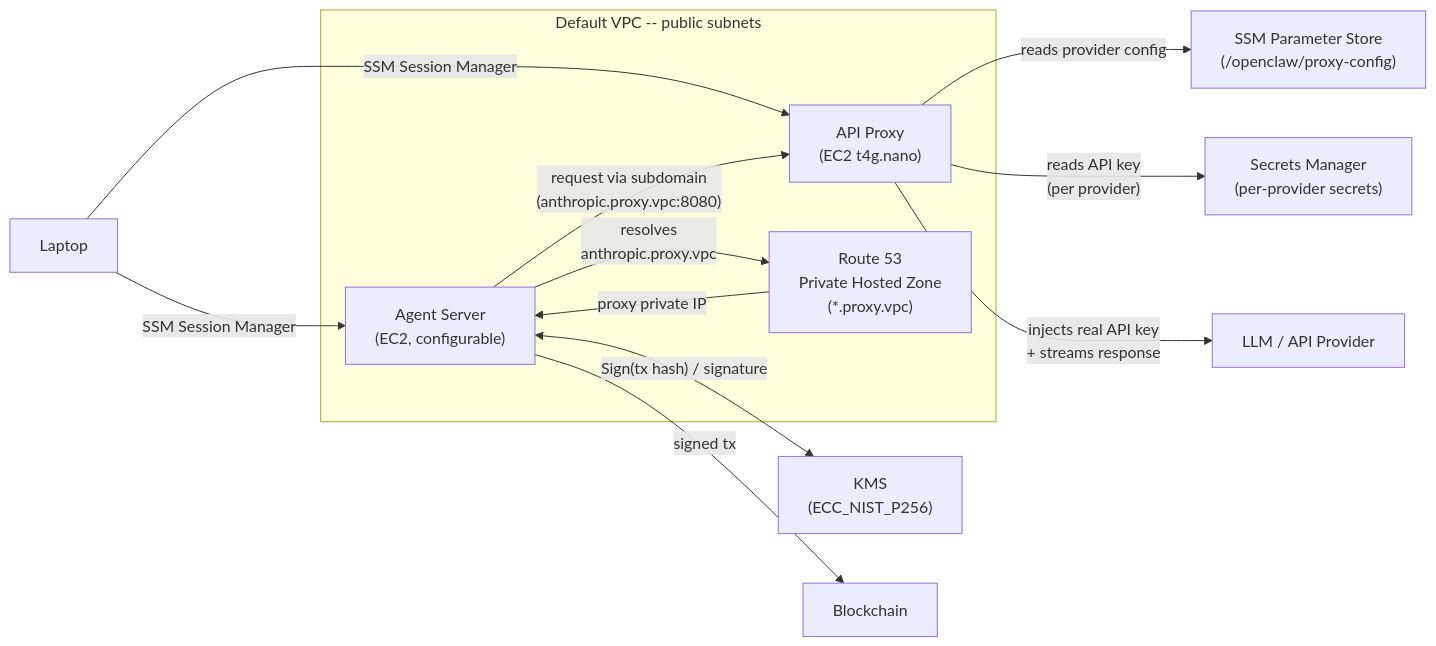
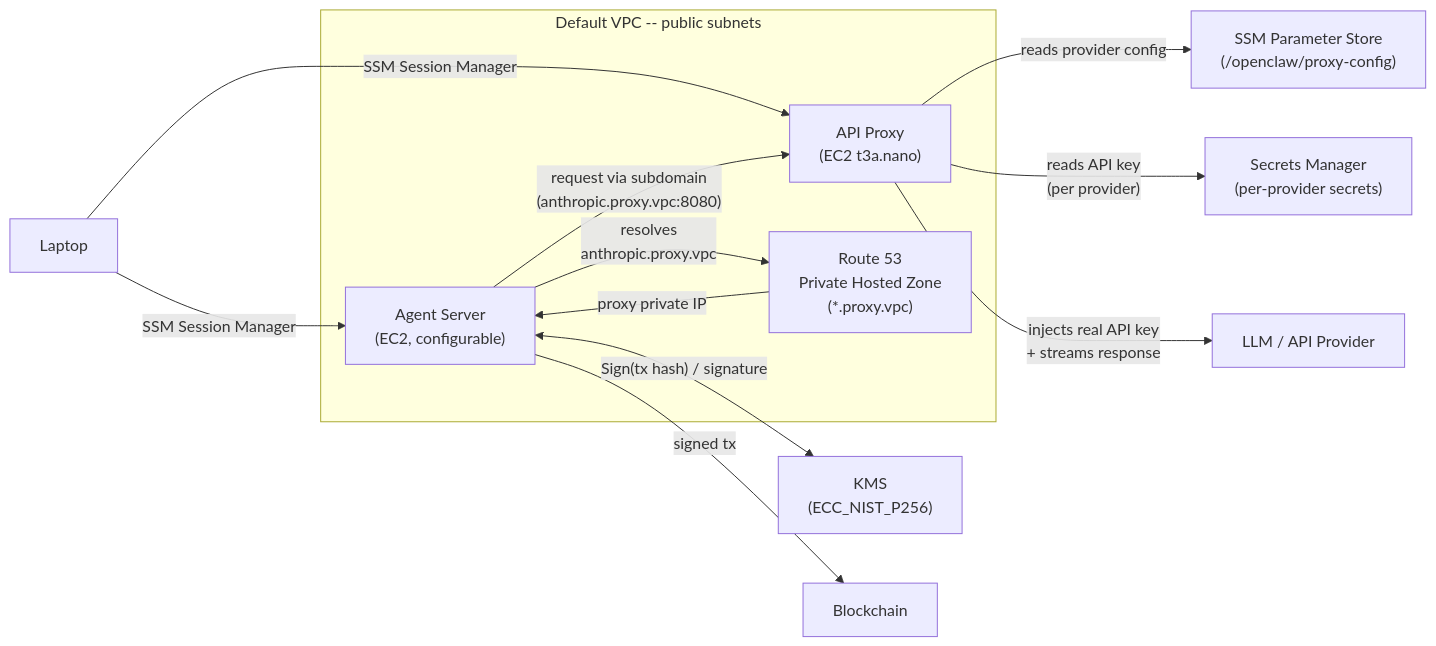
One commit to barretodavid/openclaw-aws changed the diagram in README.md. Above: the diagram before and after it, drawn with Mermaid. The commit also changed 5 other files, not shown here.

Commit message:
Limited architecture to x86 to max compatibility

````diff
--- a/README.md
+++ b/README.md
@@ -7,18 +7,18 @@
 ```mermaid
 graph LR
     Laptop -->|"SSM Session Manager"| AgentEC2
     Laptop -->|"SSM Session Manager"| ProxyEC2
     subgraph VPC ["Default VPC -- public subnets"]
         DNS["Route 53<br/>Private Hosted Zone<br/>(*.proxy.vpc)"]
         AgentEC2["Agent Server<br/>(EC2, configurable)"]
-        ProxyEC2["API Proxy<br/>(EC2 t4g.nano)"]
+        ProxyEC2["API Proxy<br/>(EC2 t3a.nano)"]
         AgentEC2 -->|"resolves<br/>anthropic.proxy.vpc"| DNS
         DNS -->|"proxy private IP"| AgentEC2
         AgentEC2 -->|"request via subdomain<br/>(anthropic.proxy.vpc:8080)"| ProxyEC2
     end
     ProxyEC2 -->|"reads provider config"| PS["SSM Parameter Store<br/>(/openclaw/proxy-config)"]
     ProxyEC2 -->|"reads API key<br/>(per provider)"| SM["Secrets Manager<br/>(per-provider secrets)"]
     ProxyEC2 -->|"injects real API key<br/>+ streams response"| LLM["LLM / API Provider"]
     AgentEC2 <-->|"Sign(tx hash) / signature"| KMS["KMS<br/>(ECC_NIST_P256)"]
     AgentEC2 -->|"signed tx"| Blockchain
 ```
````
